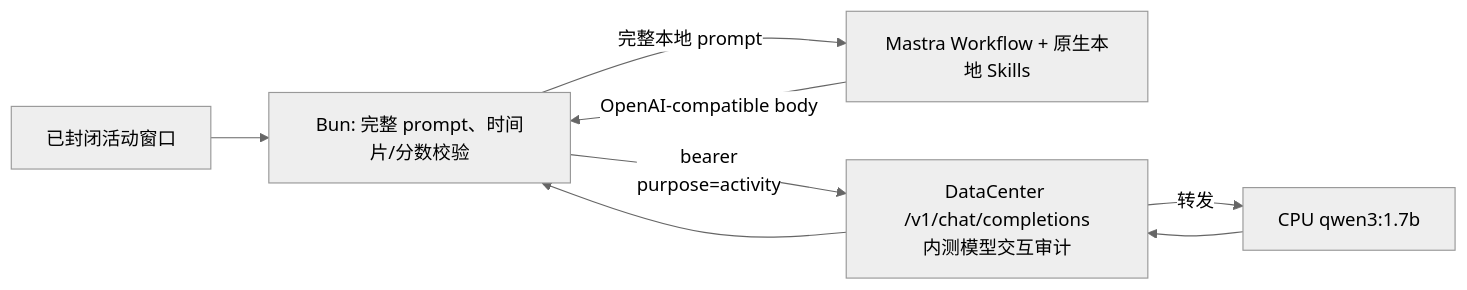
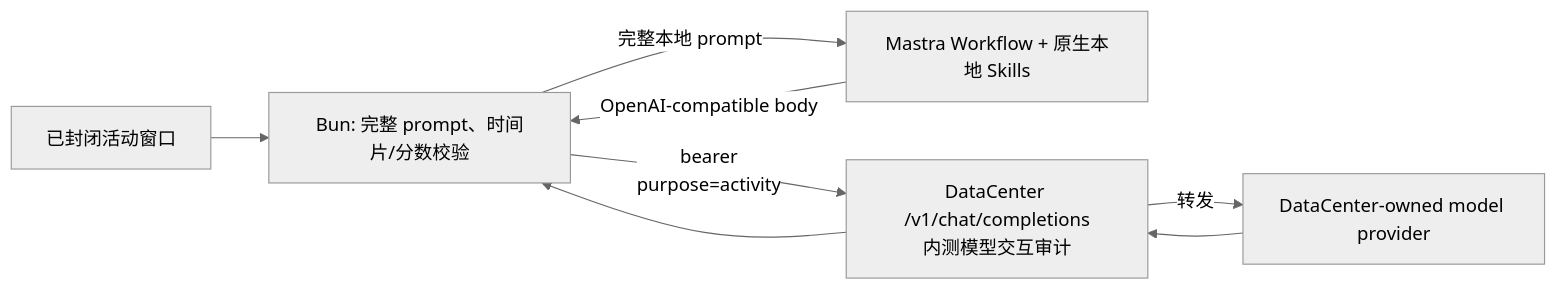
One commit to Sea-Go/Sea-WhaleHall changed the second of 2 diagrams in docs/CONVERSATION_AGENT_INTEGRATION.md. Above: the diagram before and after it, drawn with Mermaid (neutral theme). The commit also changed other lines of this file and 46 other files, not shown here.

````diff
--- a/docs/CONVERSATION_AGENT_INTEGRATION.md
+++ b/docs/CONVERSATION_AGENT_INTEGRATION.md
@@ -23,9 +24,9 @@
 ```mermaid
 flowchart LR
   Window["已封闭活动窗口"] --> Bridge["Bun: 完整 prompt、时间片/分数校验"]
   Bridge -->|"完整本地 prompt"| Sidecar["Mastra Workflow + 原生本地 Skills"]
   Sidecar -->|"OpenAI-compatible body"| Bridge
   Bridge -->|"bearer\npurpose=activity"| DataCenter["DataCenter /v1/chat/completions\n内测模型交互审计"]
-  DataCenter -->|"转发"| Qwen["CPU qwen3:1.7b"]
-  Qwen --> DataCenter --> Bridge
+  DataCenter -->|"转发"| Provider["DataCenter-owned model provider"]
+  Provider --> DataCenter --> Bridge
 ```
````
